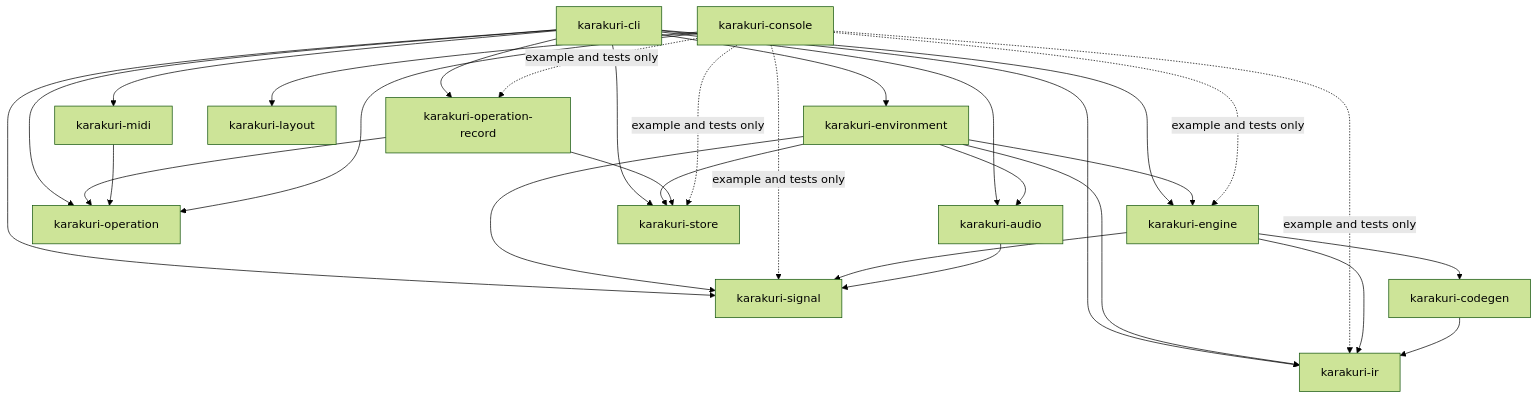
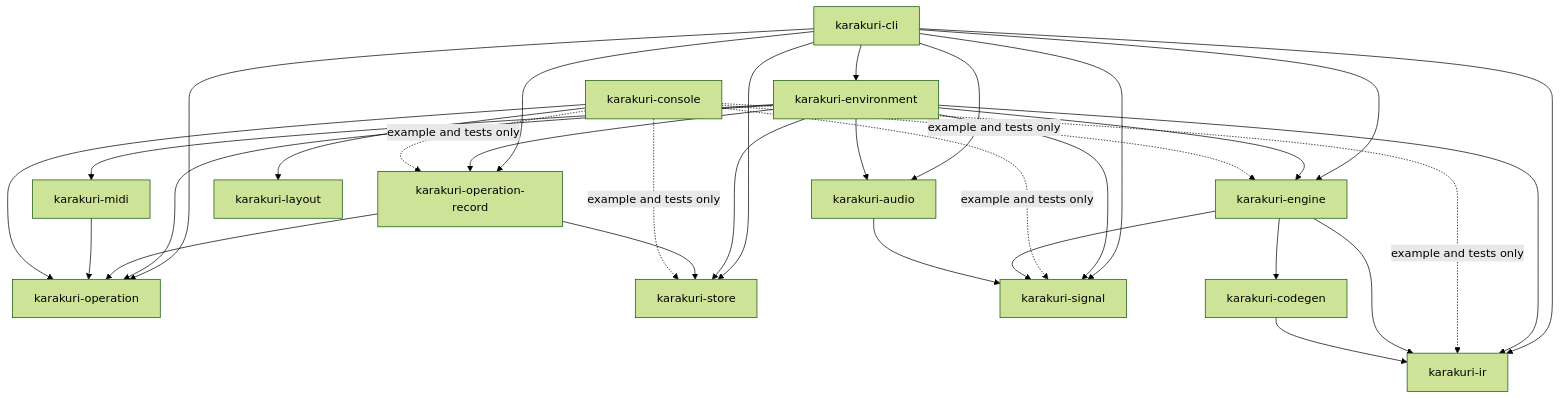
One commit to toyoshim-i/Karakuri changed the first of 3 diagrams in docs/architecture.md. Above: the diagram before and after it, drawn with Mermaid (forest theme). The commit also changed other lines of this file and 17 other files, not shown here.

First line of the commit message:
Finish the move: karakuri-cli/src is main.rs and nothing else

````diff
--- a/docs/architecture.md
+++ b/docs/architecture.md
@@ -32,39 +32,41 @@
 ```mermaid
 graph TD
     CLI[karakuri-cli] --> ENV[karakuri-environment]
     CLI --> ENGINE[karakuri-engine]
     CLI --> OPRECORD[karakuri-operation-record]
     CLI --> OPERATION
     CLI --> AUDIO[karakuri-audio]
-    CLI --> MIDI[karakuri-midi]
     CLI --> STORE[karakuri-store]
     CLI --> IR[karakuri-ir]
     CLI --> SIGNAL[karakuri-signal]
 
     ENV --> ENGINE
     ENV --> AUDIO
+    ENV --> MIDI[karakuri-midi]
     ENV --> STORE
     ENV --> IR
     ENV --> SIGNAL
+    ENV --> OPERATION
+    ENV --> OPRECORD
 
     OPRECORD --> OPERATION
     OPRECORD --> STORE
 
     MIDI --> OPERATION
 
     CONSOLE[karakuri-console] --> LAYOUT[karakuri-layout]
     CONSOLE --> OPERATION[karakuri-operation]
     CONSOLE -.->|example and tests only| ENGINE
     CONSOLE -.->|example and tests only| OPRECORD
     CONSOLE -.->|example and tests only| STORE
     CONSOLE -.->|example and tests only| IR
     CONSOLE -.->|example and tests only| SIGNAL
 
     ENGINE --> CODEGEN[karakuri-codegen]
     ENGINE --> IR
     ENGINE --> SIGNAL
 
     CODEGEN --> IR
 
     AUDIO --> SIGNAL
 ```
````
